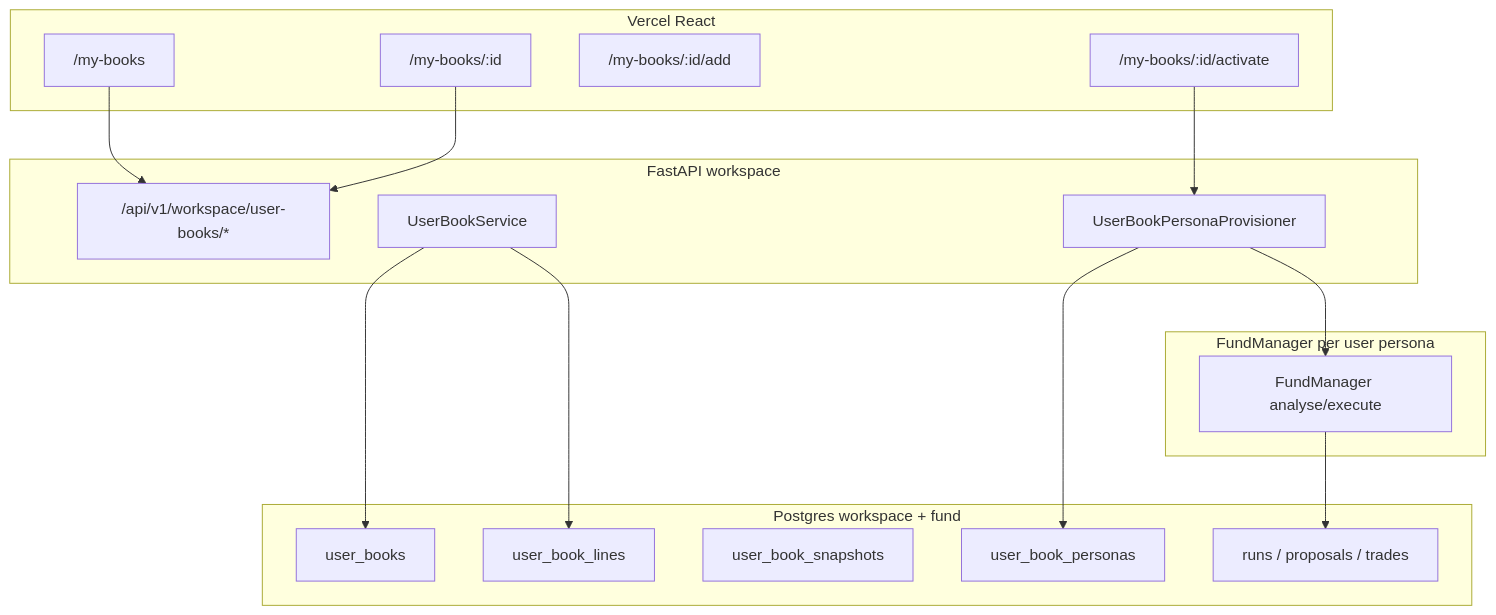
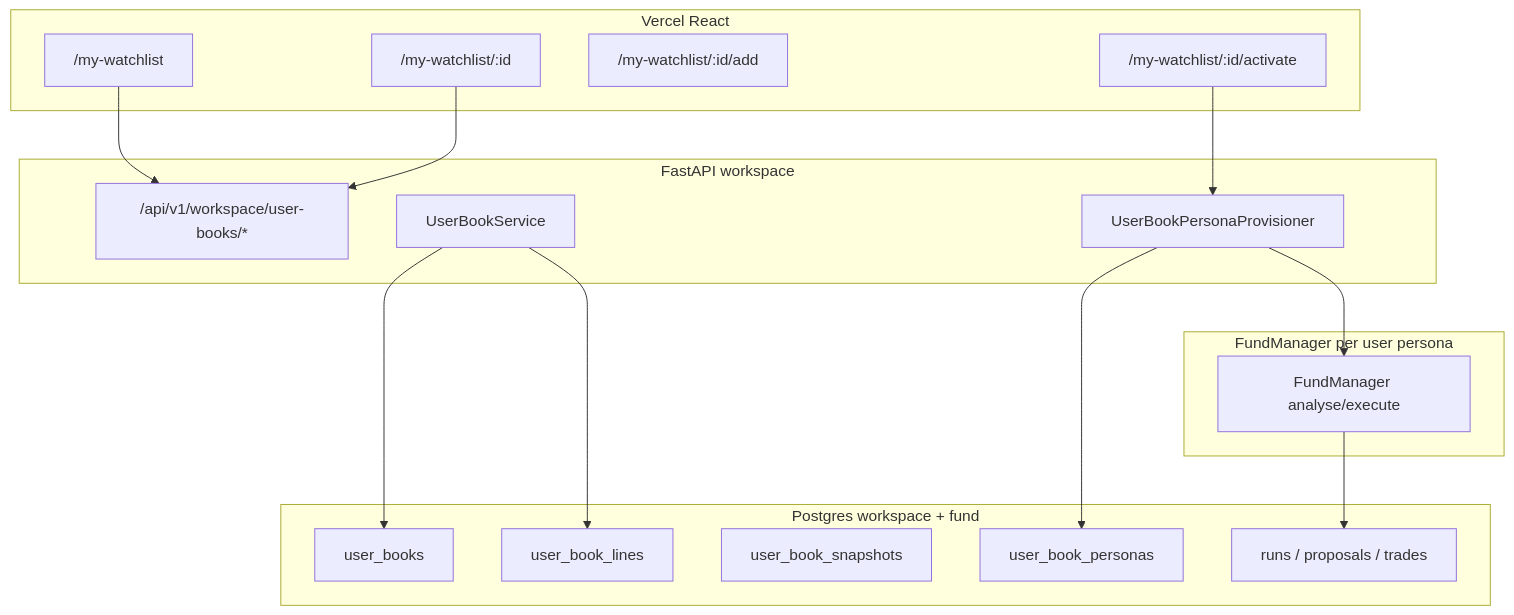
Before and after one commit to mayankbist45/congenial-octo: the diagram in docs/watchlist/DESIGN.md, drawn with Mermaid. The commit also changed other lines of this file and 8 other files, not shown here.

First line of the commit message:
feat: implement My Watchlist track phase (user_books API + dev UI)

````diff
--- a/docs/watchlist/DESIGN.md
+++ b/docs/watchlist/DESIGN.md
@@ -69,36 +69,36 @@
 ```mermaid
 flowchart TB
   subgraph fe [Vercel React]
-    BooksList["/my-books"]
-    BookDetail["/my-books/:id"]
-    AddStock["/my-books/:id/add"]
-    Activate["/my-books/:id/activate"]
+    BooksList["/my-watchlist"]
+    BookDetail["/my-watchlist/:id"]
+    AddStock["/my-watchlist/:id/add"]
+    Activate["/my-watchlist/:id/activate"]
   end
 
   subgraph api [FastAPI workspace]
     BooksAPI["/api/v1/workspace/user-books/*"]
     BookSvc["UserBookService"]
     PersonaProv["UserBookPersonaProvisioner"]
   end
 
   subgraph db [Postgres workspace + fund]
     UB[user_books]
     UBL[user_book_lines]
     UBS[user_book_snapshots]
     UBP[user_book_personas]
     Runs[runs / proposals / trades]
   end
 
   subgraph fund [FundManager per user persona]
     FM["FundManager analyse/execute"]
   end
 
   BooksList --> BooksAPI
   BookDetail --> BooksAPI
   Activate --> PersonaProv
   BookSvc --> UB
   BookSvc --> UBL
   PersonaProv --> UBP
   PersonaProv --> FM
   FM --> Runs
 ```
````
